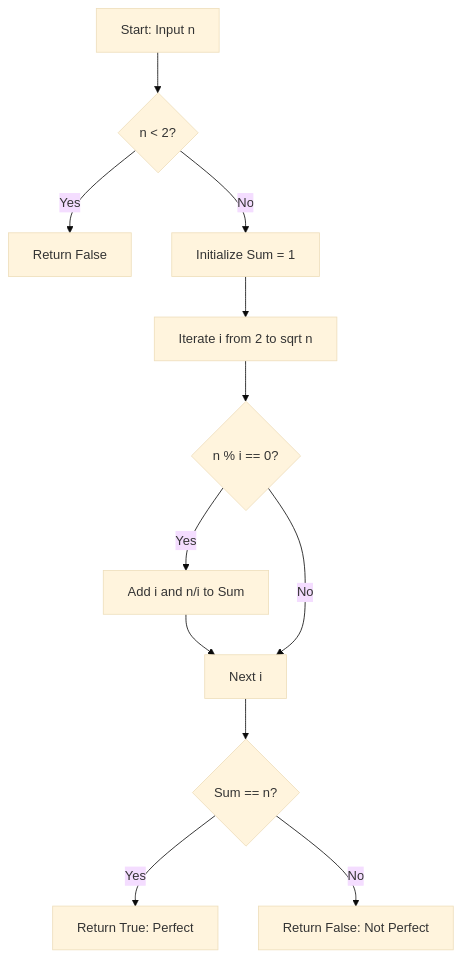
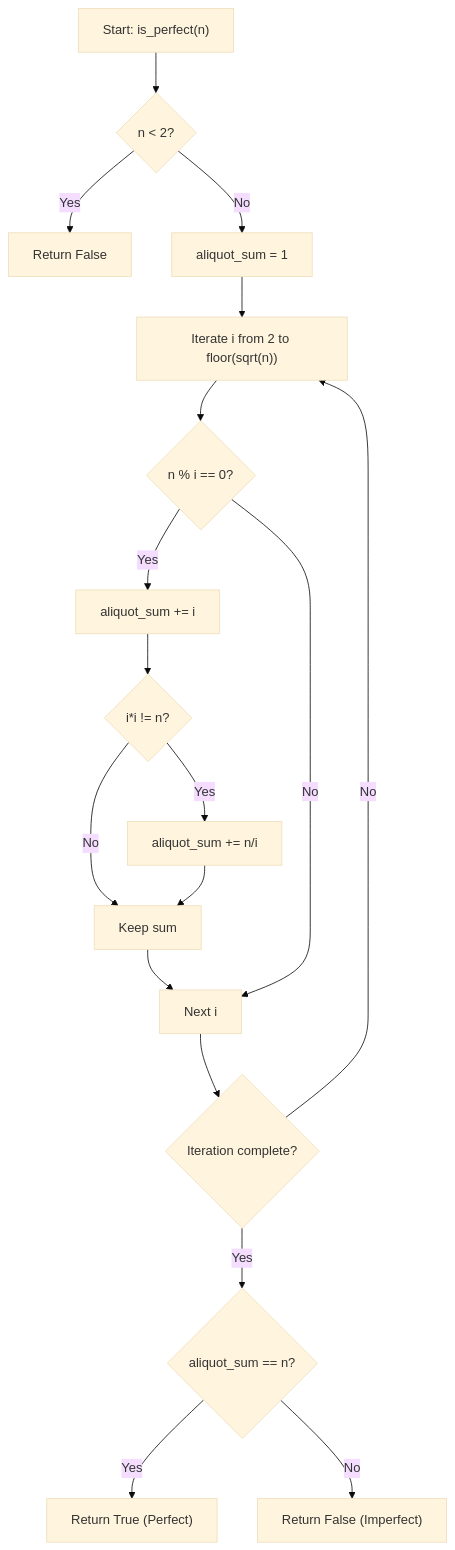
Before and after one commit to Amey-Thakur/PYTHON-SHORTS: the first of 2 diagrams in Source Code/Perfect Number/README.md, drawn with Mermaid (base theme). The commit also changed other lines of this file and 1 other file, not shown here.

Commit message:
Python Shorts

````diff
--- a/Source Code/Perfect Number/README.md
+++ b/Source Code/Perfect Number/README.md
@@ -58,14 +61,20 @@
 ```mermaid
-graph TD
-    A[Start: Input n] --> B{n < 2?}
-    B -- Yes --> C[Return False]
-    B -- No --> D[Initialize Sum = 1]
-    D --> E[Iterate i from 2 to sqrt n]
-    E --> F{n % i == 0?}
-    F -- Yes --> G[Add i and n/i to Sum]
-    G --> H[Next i]
-    F -- No --> H
-    H --> I{Sum == n?}
-    I -- Yes --> J[Return True: Perfect]
-    I -- No --> K[Return False: Not Perfect]
+flowchart TD
+    A["Start: is_perfect(n)"] --> B{"n < 2?"}
+    B -- "Yes" --> C["Return False"]
+    B -- "No" --> D["aliquot_sum = 1"]
+    D --> E["Iterate i from 2 to floor(sqrt(n))"]
+    E --> F{"n % i == 0?"}
+    F -- "Yes" --> G["aliquot_sum += i"]
+    G --> H{"i*i != n?"}
+    H -- "Yes" --> I["aliquot_sum += n/i"]
+    H -- "No" --> J["Keep sum"]
+    I --> J
+    J --> K["Next i"]
+    F -- "No" --> K
+    K --> L{"Iteration complete?"}
+    L -- "No" --> E
+    L -- "Yes" --> M{"aliquot_sum == n?"}
+    M -- "Yes" --> N["Return True (Perfect)"]
+    M -- "No" --> O["Return False (Imperfect)"]
 ```
````
